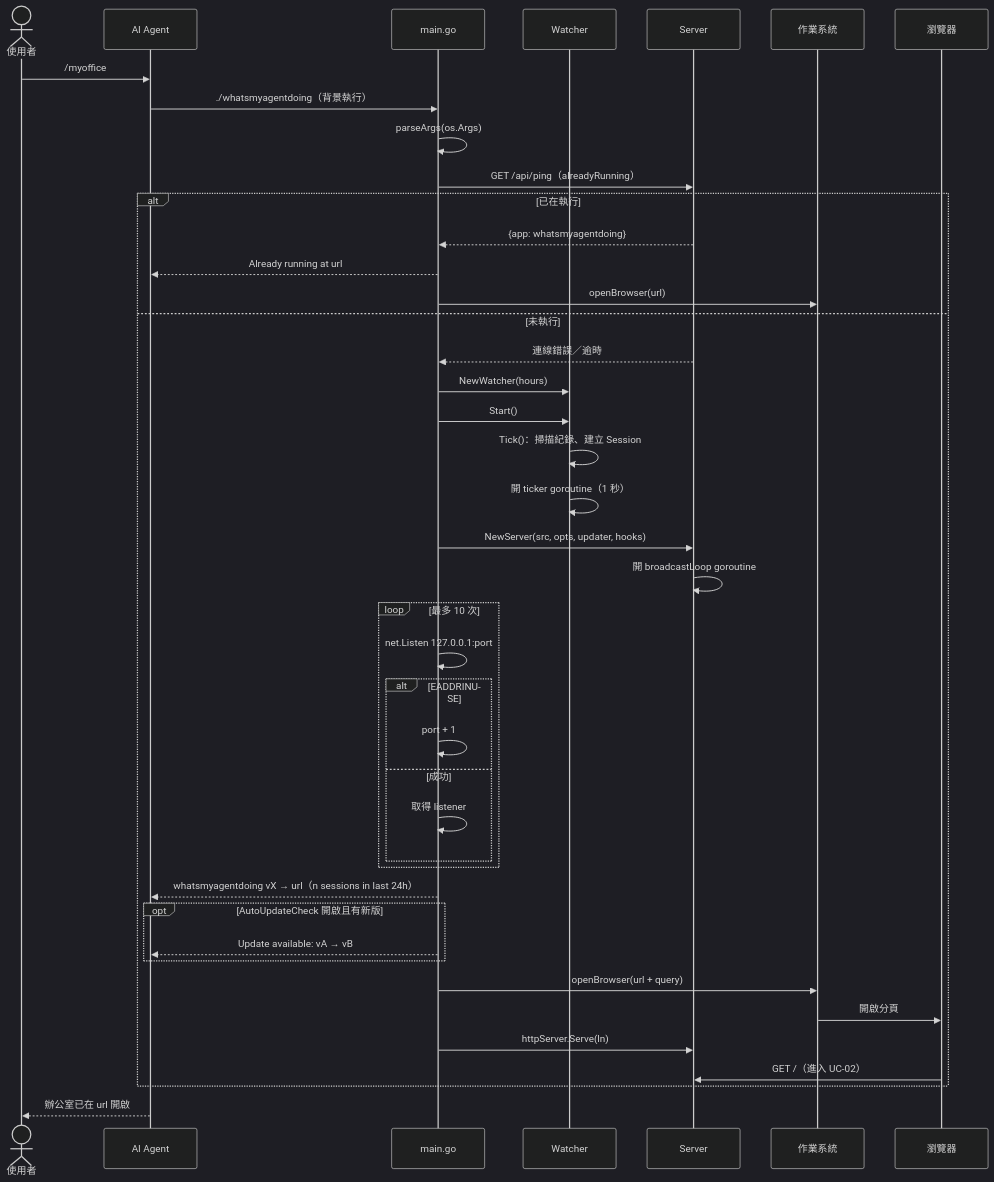
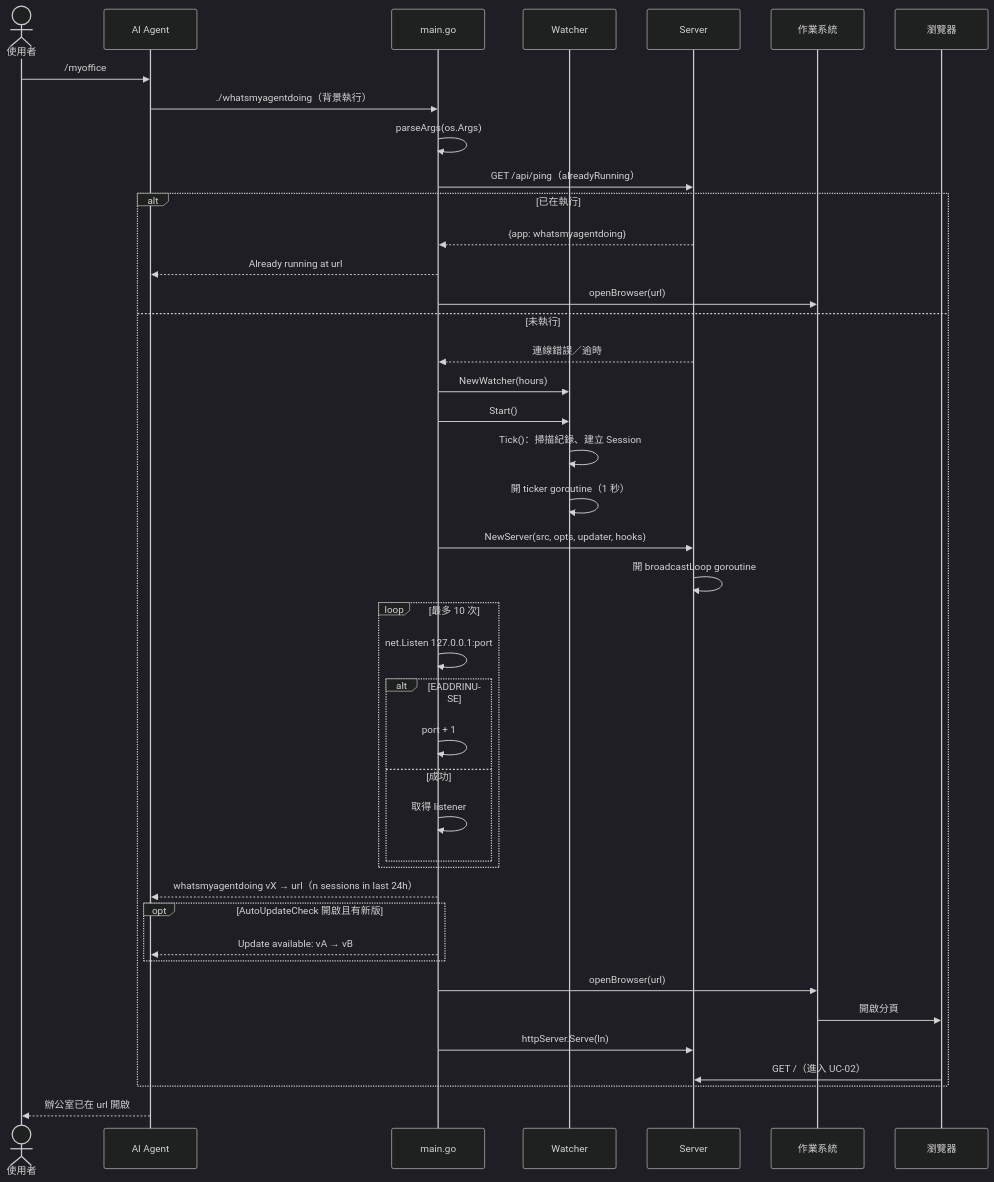
Before and after one commit to lazyjerry/whatsmyagentdoing: the second of 2 diagrams in go-app/jerry-report/UC-01-start-dashboard.md, drawn with Mermaid (dark theme). The commit also changed other lines of this file and 12 other files, not shown here.

````diff
--- a/go-app/jerry-report/UC-01-start-dashboard.md
+++ b/go-app/jerry-report/UC-01-start-dashboard.md
@@ -76,45 +70,45 @@
 ```mermaid
 sequenceDiagram
   actor U as 使用者
   participant AG as AI Agent
   participant M as main.go
   participant W as Watcher
   participant S as Server
   participant OS as 作業系統
   participant B as 瀏覽器
 
   U->>AG: /myoffice
   AG->>M: ./whatsmyagentdoing（背景執行）
   M->>M: parseArgs(os.Args)
   M->>S: GET /api/ping（alreadyRunning）
   alt 已在執行
     S-->>M: {app: whatsmyagentdoing}
     M-->>AG: Already running at url
     M->>OS: openBrowser(url)
   else 未執行
     S-->>M: 連線錯誤／逾時
     M->>W: NewWatcher(hours)
     M->>W: Start()
     W->>W: Tick()：掃描紀錄、建立 Session
     W->>W: 開 ticker goroutine（1 秒）
     M->>S: NewServer(src, opts, updater, hooks)
     S->>S: 開 broadcastLoop goroutine
     loop 最多 10 次
       M->>M: net.Listen 127.0.0.1:port
       alt EADDRINUSE
         M->>M: port + 1
       else 成功
         M->>M: 取得 listener
       end
     end
     M-->>AG: whatsmyagentdoing vX → url（n sessions in last 24h）
     opt AutoUpdateCheck 開啟且有新版
       M-->>AG: Update available: vA → vB
     end
-    M->>OS: openBrowser(url + query)
+    M->>OS: openBrowser(url)
     OS->>B: 開啟分頁
     M->>S: httpServer.Serve(ln)
     B->>S: GET /（進入 UC-02）
   end
   AG-->>U: 辦公室已在 url 開啟
 ```
````
